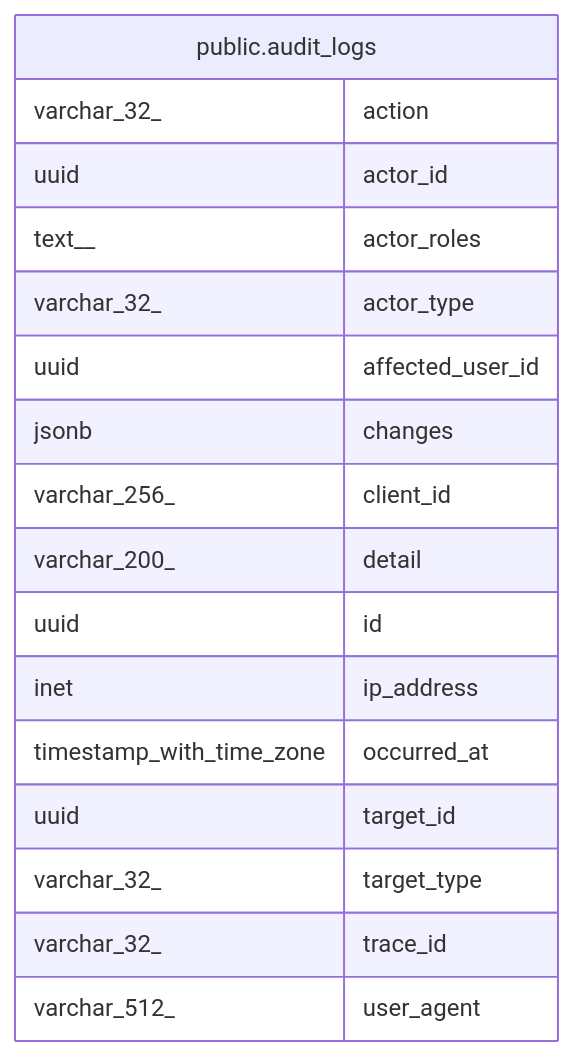
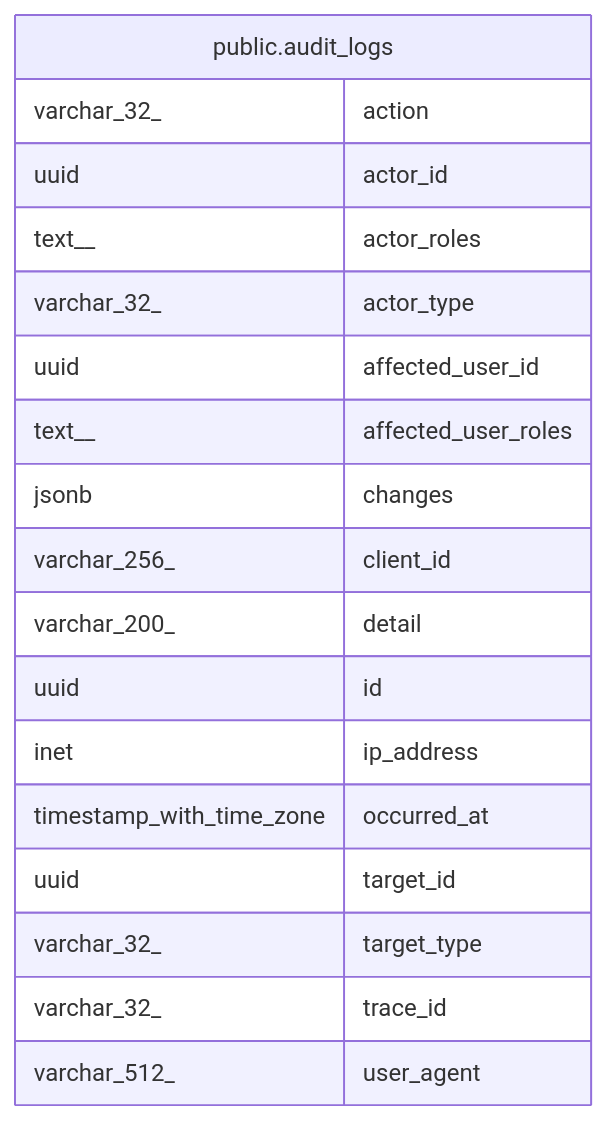
Before and after one commit to trduc2712/choco-api: the diagram in docs/database/public.audit_logs.md, drawn with Mermaid. The commit also changed other lines of this file and 33 other files, not shown here.

````diff
--- a/docs/database/public.audit_logs.md
+++ b/docs/database/public.audit_logs.md
@@ -53,22 +55,23 @@
 ```mermaid
 erDiagram
 
 
 "public.audit_logs" {
   varchar_32_ action
   uuid actor_id
   text__ actor_roles
   varchar_32_ actor_type
   uuid affected_user_id
+  text__ affected_user_roles
   jsonb changes
   varchar_256_ client_id
   varchar_200_ detail
   uuid id
   inet ip_address
   timestamp_with_time_zone occurred_at
   uuid target_id
   varchar_32_ target_type
   varchar_32_ trace_id
   varchar_512_ user_agent
 }
 ```
````
